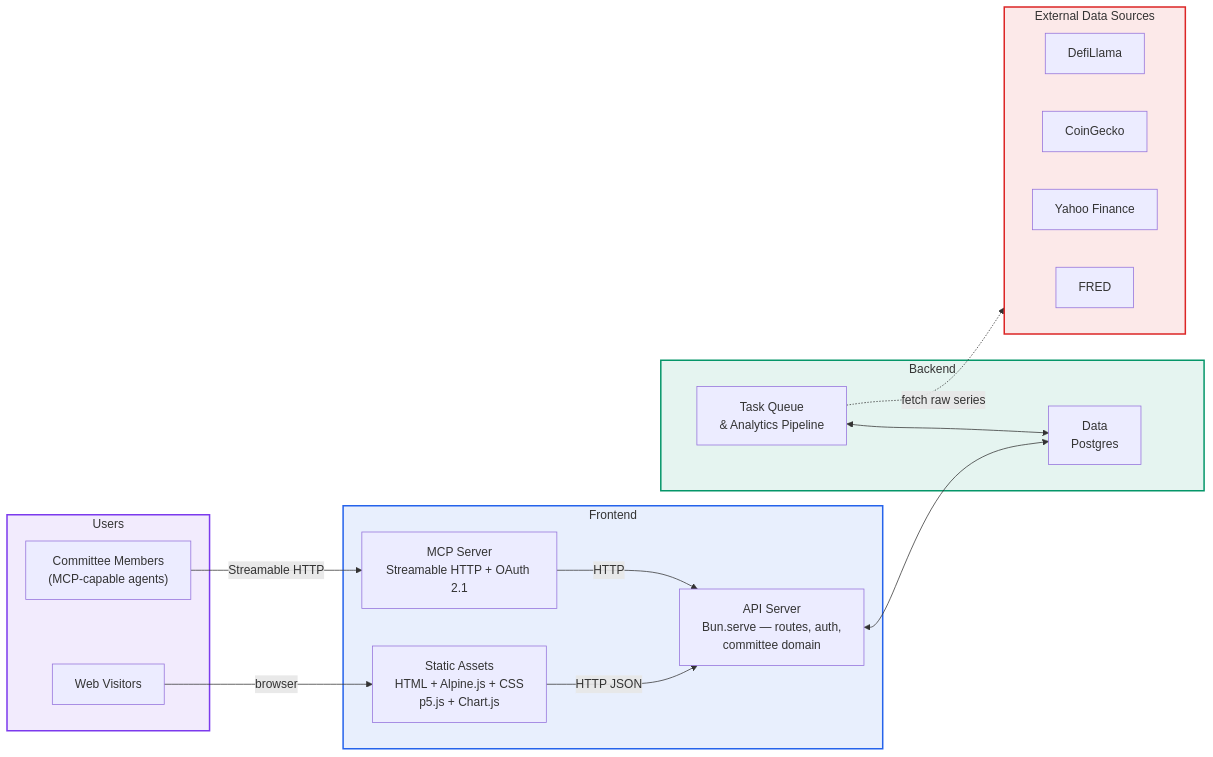
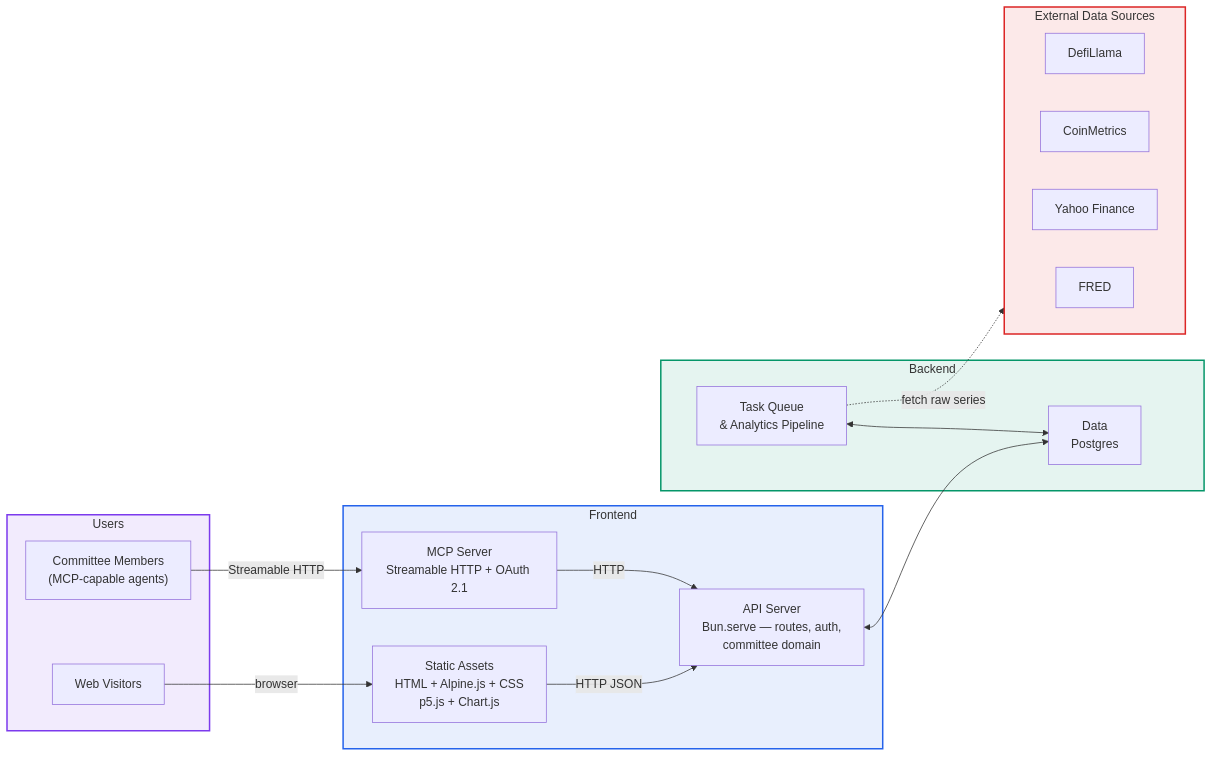
The first of 3 diagrams in docs/TOPOLOGY.md (robotmoney/robotmoney-frontend), drawn with Mermaid before and after one commit. The commit also changed 4 other files, not shown here.

First line of the commit message:
chore(analytics): remove dead CoinGecko fetcher and correct stale live-source references

````diff
--- a/docs/TOPOLOGY.md
+++ b/docs/TOPOLOGY.md
@@ -12,39 +12,39 @@
 ```mermaid
 flowchart LR
     subgraph Users["Users"]
         Visitors["Web Visitors"]
         Members["Committee Members<br/>(MCP-capable agents)"]
     end
 
     subgraph Frontend["Frontend"]
         Static["Static Assets<br/>HTML + Alpine.js + CSS<br/>p5.js + Chart.js"]
         API["API Server<br/>Bun.serve — routes, auth,<br/>committee domain"]
         MCP["MCP Server<br/>Streamable HTTP + OAuth 2.1"]
     end
 
     subgraph Backend["Backend"]
         Worker["Task Queue<br/>& Analytics Pipeline"]
         DB["Data<br/>Postgres"]
     end
 
     subgraph External["External Data Sources"]
         direction LR
         Sources1["DefiLlama"]
-        Sources2["CoinGecko"]
+        Sources2["CoinMetrics"]
         Sources3["Yahoo Finance"]
         Sources4["FRED"]
     end
 
     Visitors -->|browser| Static
     Static -->|HTTP JSON| API
     Members -->|Streamable HTTP| MCP
     MCP -->|HTTP| API
     API <--> DB
     Worker <--> DB
     Worker -.->|fetch raw series| External
 
     style Users fill:#7c3aed1a,stroke:#7c3aed,stroke-width:2px
     style Frontend fill:#2563eb1a,stroke:#2563eb,stroke-width:2px
     style Backend fill:#0596691a,stroke:#059669,stroke-width:2px
     style External fill:#dc26261a,stroke:#dc2626,stroke-width:2px
 ```
````
